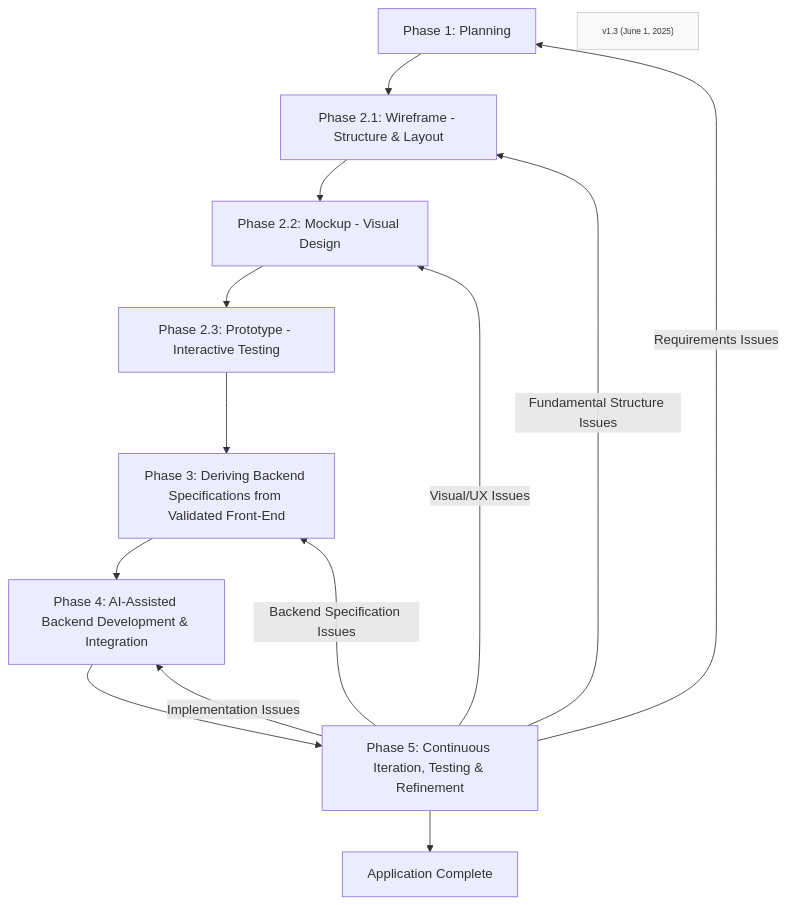
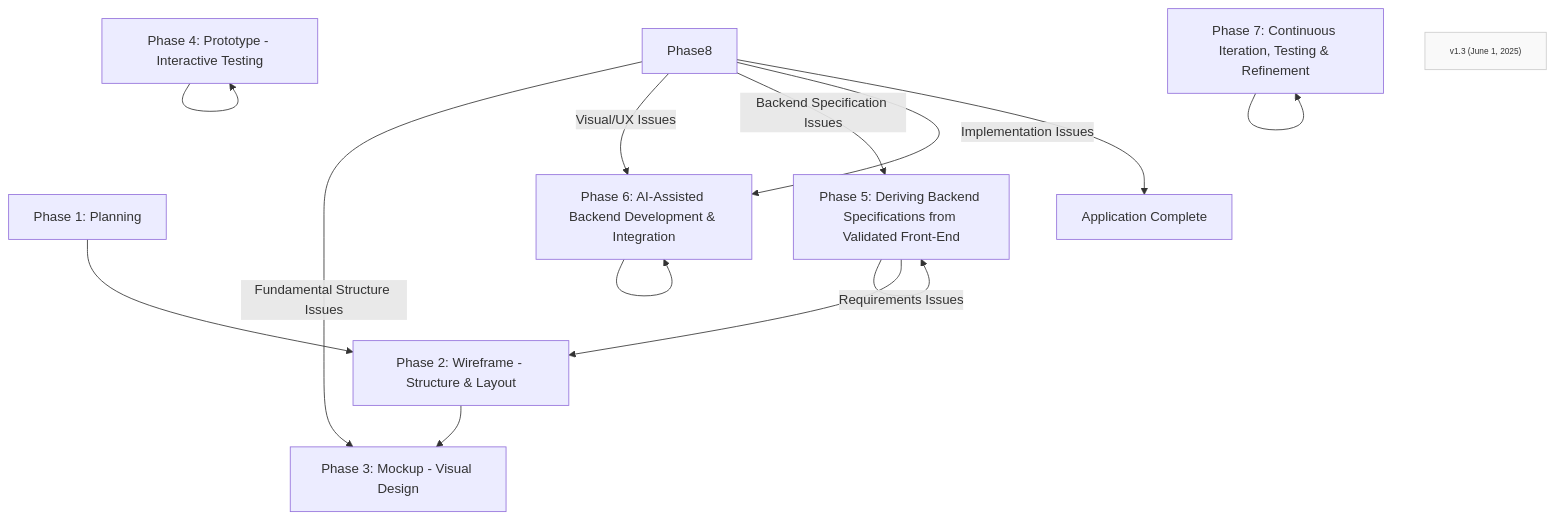
Before and after one commit to Mharbulous/Front-First-Method: the diagram in Method/FF-overview.md, drawn with Mermaid.

Commit message:
Re-enumerated

````diff
--- a/Method/FF-overview.md
+++ b/Method/FF-overview.md
@@ -1,21 +1,21 @@
 ```mermaid
 graph TD
-Phase1["Phase 1: Planning"] --> Phase2_1["Phase 2.1: Wireframe - Structure & Layout"]
-    Phase2_1 --> Phase2_2["Phase 2.2: Mockup - Visual Design"]
-    Phase2_2 --> Phase2_3["Phase 2.3: Prototype - Interactive Testing"]
-    Phase2_3 --> Phase3["Phase 3: Deriving Backend Specifications from Validated Front-End"]
-    Phase3 --> Phase4["Phase 4: AI-Assisted Backend Development & Integration"]
-    Phase4 --> Phase5["Phase 5: Continuous Iteration, Testing & Refinement"]
-    Phase5 --> F["Application Complete"]
+Phase1["Phase 1: Planning"] --> Phase2["Phase 2: Wireframe - Structure & Layout"]
+    Phase2 --> Phase3["Phase 3: Mockup - Visual Design"]
+    Phase4 --> Phase4["Phase 4: Prototype - Interactive Testing"]
+    Phase5 --> Phase5["Phase 5: Deriving Backend Specifications from Validated Front-End"]
+    Phase6 --> Phase6["Phase 6: AI-Assisted Backend Development & Integration"]
+    Phase7 --> Phase7["Phase 7: Continuous Iteration, Testing & Refinement"]
+    Phase8 --> F["Application Complete"]
     
-    Phase5 -->|Implementation Issues| Phase4
-    Phase5 -->|Backend Specification Issues| Phase3
-    Phase5 -->|Visual/UX Issues| Phase2_2
-    Phase5 -->|Fundamental Structure Issues| Phase2_1
-Phase5 -->|Requirements Issues| Phase1
+    Phase8 -->|Implementation Issues| Phase6
+    Phase8 -->|Backend Specification Issues| Phase5
+    Phase8 -->|Visual/UX Issues| Phase6
+    Phase8 -->|Fundamental Structure Issues| Phase3
+Phase5 -->|Requirements Issues| Phase2
     
     Version["v1.3 (June 1, 2025)"]
     
     classDef version fill:#f9f9f9,stroke:#ccc,font-size:10px
     class Version version
 ```
````
